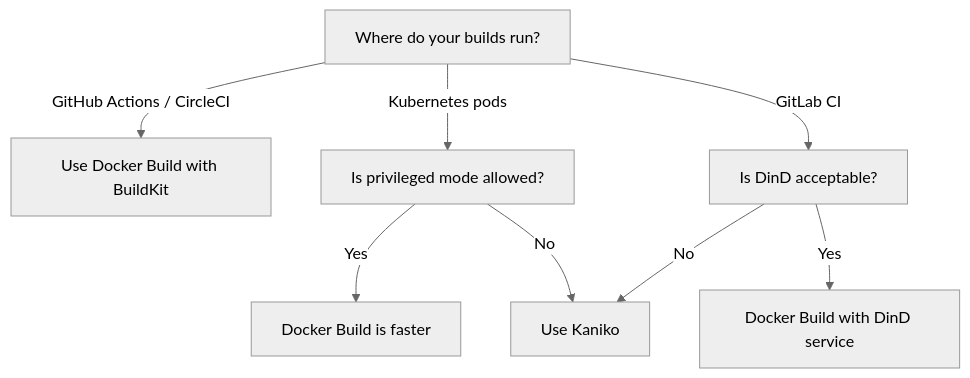
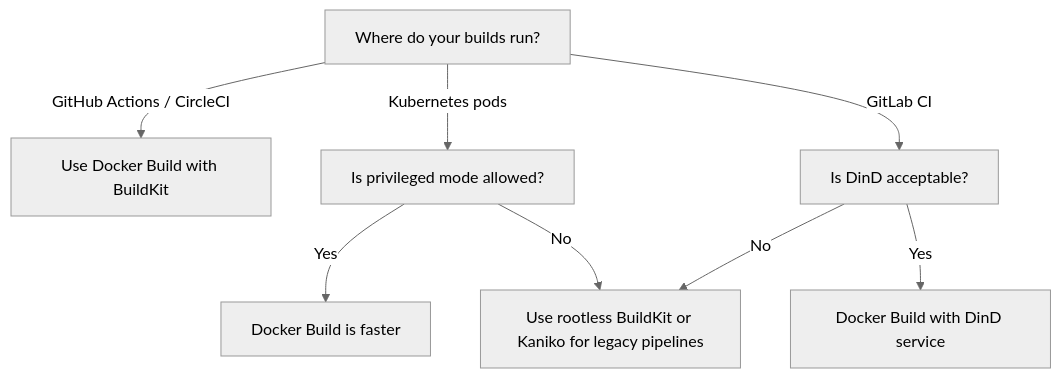
Before and after one commit to OneUptime/blog: the diagram in posts/2026-02-08-how-to-choose-between-kaniko-and-docker-build-in-cicd/README.md, drawn with Mermaid (neutral theme). The commit also changed other lines of this file and 2 other files, not shown here.

Commit message:
validate: 2026-02-08-how-to-choose-between-kaniko-and-docker-build-in-cicd

````diff
--- a/posts/2026-02-08-how-to-choose-between-kaniko-and-docker-build-in-cicd/README.md
+++ b/posts/2026-02-08-how-to-choose-between-kaniko-and-docker-build-in-cicd/README.md
@@ -258,10 +262,10 @@
 ```mermaid
 graph TD
     A[Where do your builds run?] -->|GitHub Actions / CircleCI| B[Use Docker Build with BuildKit]
     A -->|Kubernetes pods| C[Is privileged mode allowed?]
     A -->|GitLab CI| D[Is DinD acceptable?]
     C -->|Yes| E[Docker Build is faster]
-    C -->|No| F[Use Kaniko]
+    C -->|No| F[Use rootless BuildKit or Kaniko for legacy pipelines]
     D -->|Yes| G[Docker Build with DinD service]
     D -->|No| F
 ```
````
